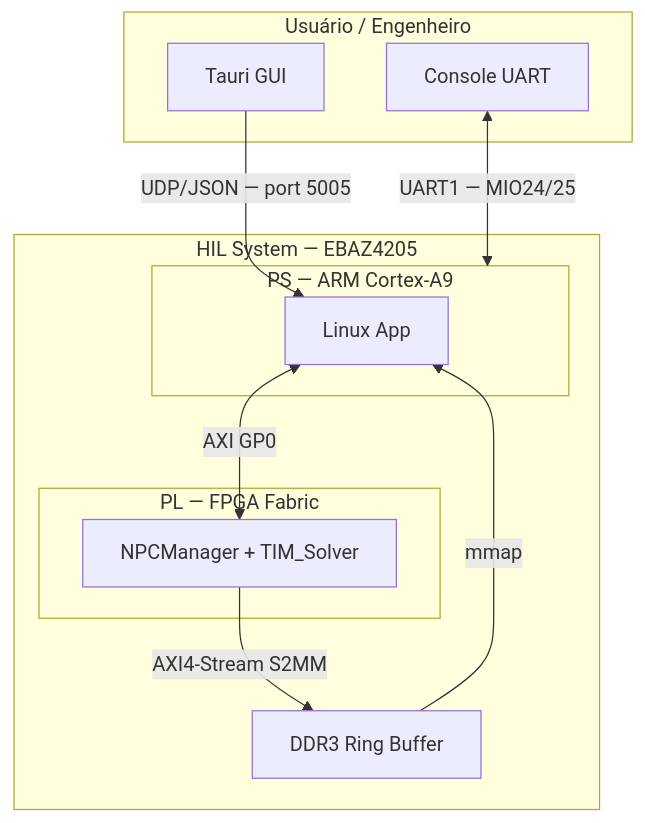
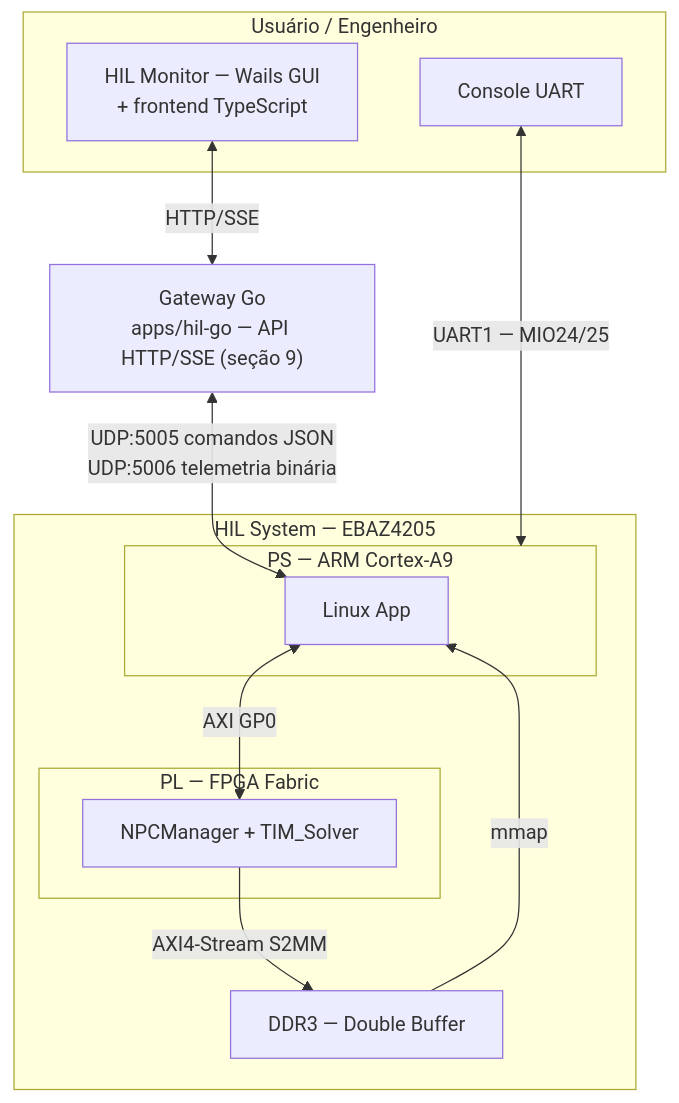
The first of 7 diagrams in docs/architecture.md (urielcontardi/Hardware-in-the-Loop), drawn with Mermaid before and after one commit. The commit also changed other lines of this file and 2 other files, not shown here.

Commit message:
📝 docs: fix outdated architecture (clock, registers, IRQ, API)

````diff
--- a/docs/architecture.md
+++ b/docs/architecture.md
@@ -24,23 +25,26 @@
 ```mermaid
 flowchart TB
     subgraph USER["Usuário / Engenheiro"]
-        GUI["Tauri GUI"]
+        GUI["HIL Monitor — Wails GUI\n+ frontend TypeScript"]
         CON["Console UART"]
     end
+
+    GATEWAY["Gateway Go\napps/hil-go — API HTTP/SSE (seção 9)"]
 
     subgraph HIL["HIL System — EBAZ4205"]
         subgraph PS["PS — ARM Cortex-A9"]
             APP["Linux App"]
         end
         subgraph PL["PL — FPGA Fabric"]
             FPGA["NPCManager + TIM_Solver"]
         end
-        DDR["DDR3 Ring Buffer"]
+        DDR["DDR3 — Double Buffer"]
         APP <-->|"AXI GP0"| FPGA
         FPGA -->|"AXI4-Stream S2MM"| DDR
         DDR -->|"mmap"| APP
     end
 
-    GUI -->|"UDP/JSON — port 5005"| APP
+    GUI <-->|"HTTP/SSE"| GATEWAY
+    GATEWAY <-->|"UDP:5005 comandos JSON\nUDP:5006 telemetria binária"| APP
     CON <-->|"UART1 — MIO24/25"| PS
 ```
````
